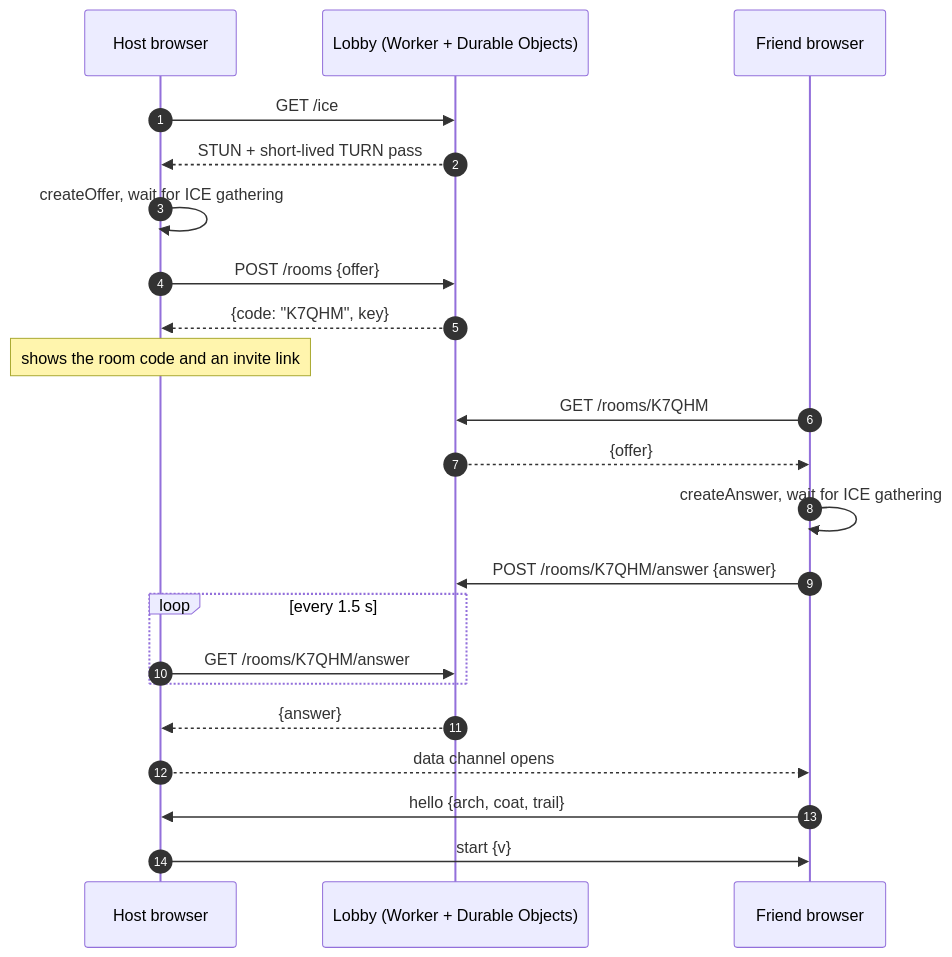
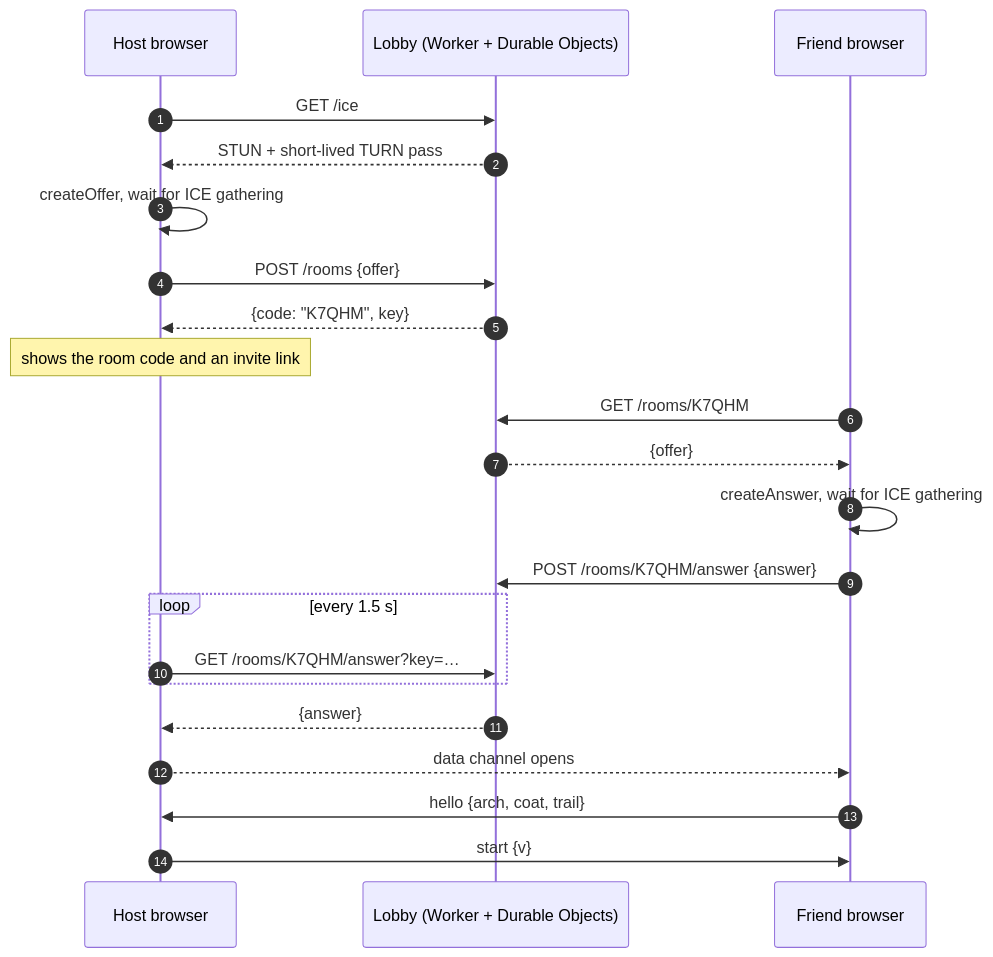
One commit to CptNope/Cyber-City-Tactics changed the first of 3 diagrams in docs/wiki/Online-Co-op.md. Above: the diagram before and after it, drawn with Mermaid. The commit also changed other lines of this file and 23 other files, not shown here.

````diff
--- a/docs/wiki/Online-Co-op.md
+++ b/docs/wiki/Online-Co-op.md
@@ -7,24 +7,24 @@
 ```mermaid
 sequenceDiagram
   autonumber
   participant H as Host browser
   participant L as Lobby (Worker + Durable Objects)
   participant F as Friend browser
   H->>L: GET /ice
   L-->>H: STUN + short-lived TURN pass
   H->>H: createOffer, wait for ICE gathering
   H->>L: POST /rooms {offer}
   L-->>H: {code: "K7QHM", key}
   Note over H: shows the room code and an invite link
   F->>L: GET /rooms/K7QHM
   L-->>F: {offer}
   F->>F: createAnswer, wait for ICE gathering
   F->>L: POST /rooms/K7QHM/answer {answer}
   loop every 1.5 s
-    H->>L: GET /rooms/K7QHM/answer
+    H->>L: GET /rooms/K7QHM/answer?key=…
   end
   L-->>H: {answer}
   H-->>F: data channel opens
   F->>H: hello {arch, coat, trail}
   H->>F: start {v}
 ```
````
